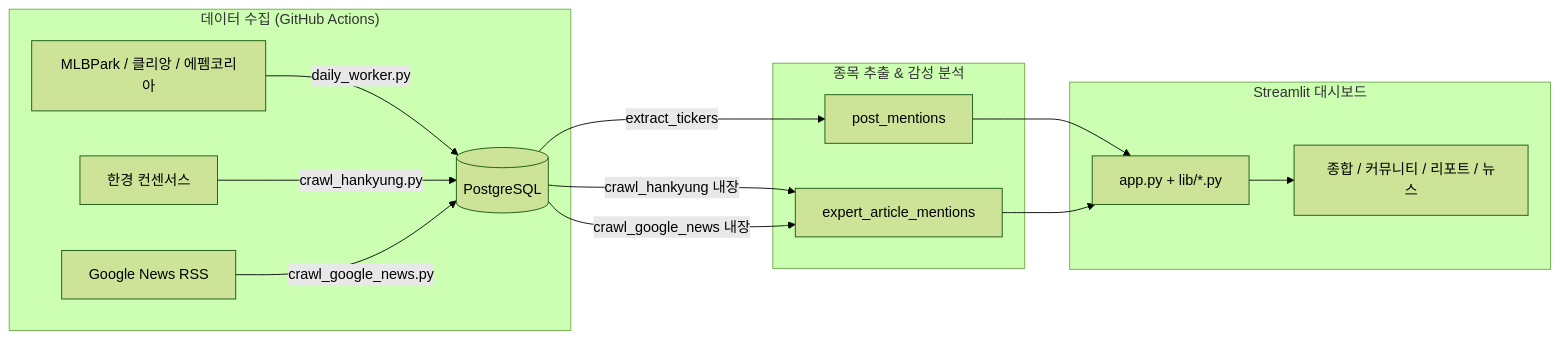
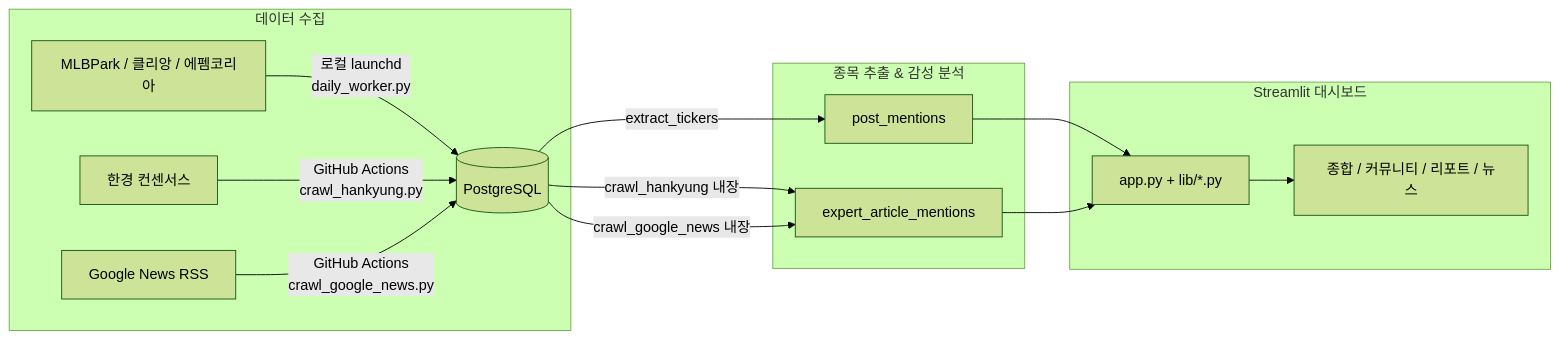
Before and after one commit to suyeongpark/human-index: the first of 3 diagrams in docs/project-structure.md, drawn with Mermaid (forest theme). The commit also changed other lines of this file and 3 other files, not shown here.

````diff
--- a/docs/project-structure.md
+++ b/docs/project-structure.md
@@ -23,20 +28,20 @@
 ```mermaid
 flowchart LR
-    subgraph 수집["데이터 수집 (GitHub Actions)"]
-        A1[MLBPark / 클리앙 / 에펨코리아] -->|daily_worker.py| DB[(PostgreSQL)]
-        A2[한경 컨센서스] -->|crawl_hankyung.py| DB
-        A3[Google News RSS] -->|crawl_google_news.py| DB
+    subgraph 수집["데이터 수집"]
+        A1[MLBPark / 클리앙 / 에펨코리아] -->|"로컬 launchd<br>daily_worker.py"| DB[(PostgreSQL)]
+        A2[한경 컨센서스] -->|"GitHub Actions<br>crawl_hankyung.py"| DB
+        A3[Google News RSS] -->|"GitHub Actions<br>crawl_google_news.py"| DB
     end
 
     subgraph 처리["종목 추출 & 감성 분석"]
         DB -->|extract_tickers| PM[post_mentions]
         DB -->|crawl_hankyung 내장| EM[expert_article_mentions]
         DB -->|crawl_google_news 내장| EM
     end
 
     subgraph 대시보드["Streamlit 대시보드"]
         PM --> UI[app.py + lib/*.py]
         EM --> UI
         UI --> V[종합 / 커뮤니티 / 리포트 / 뉴스]
     end
 ```
````
